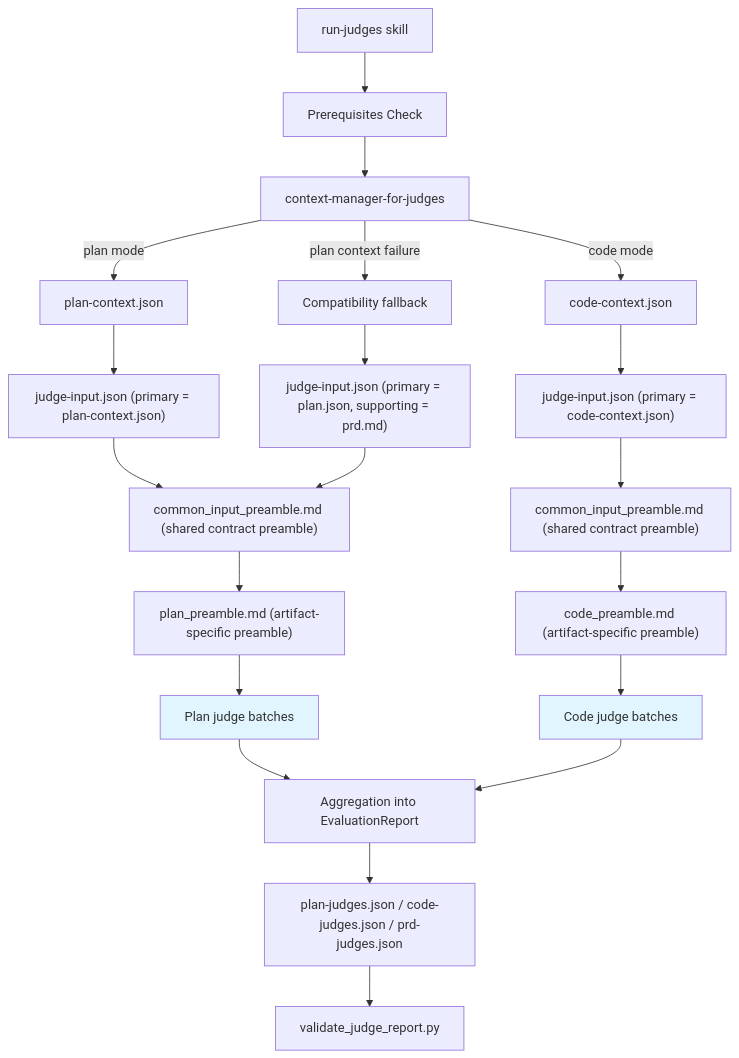
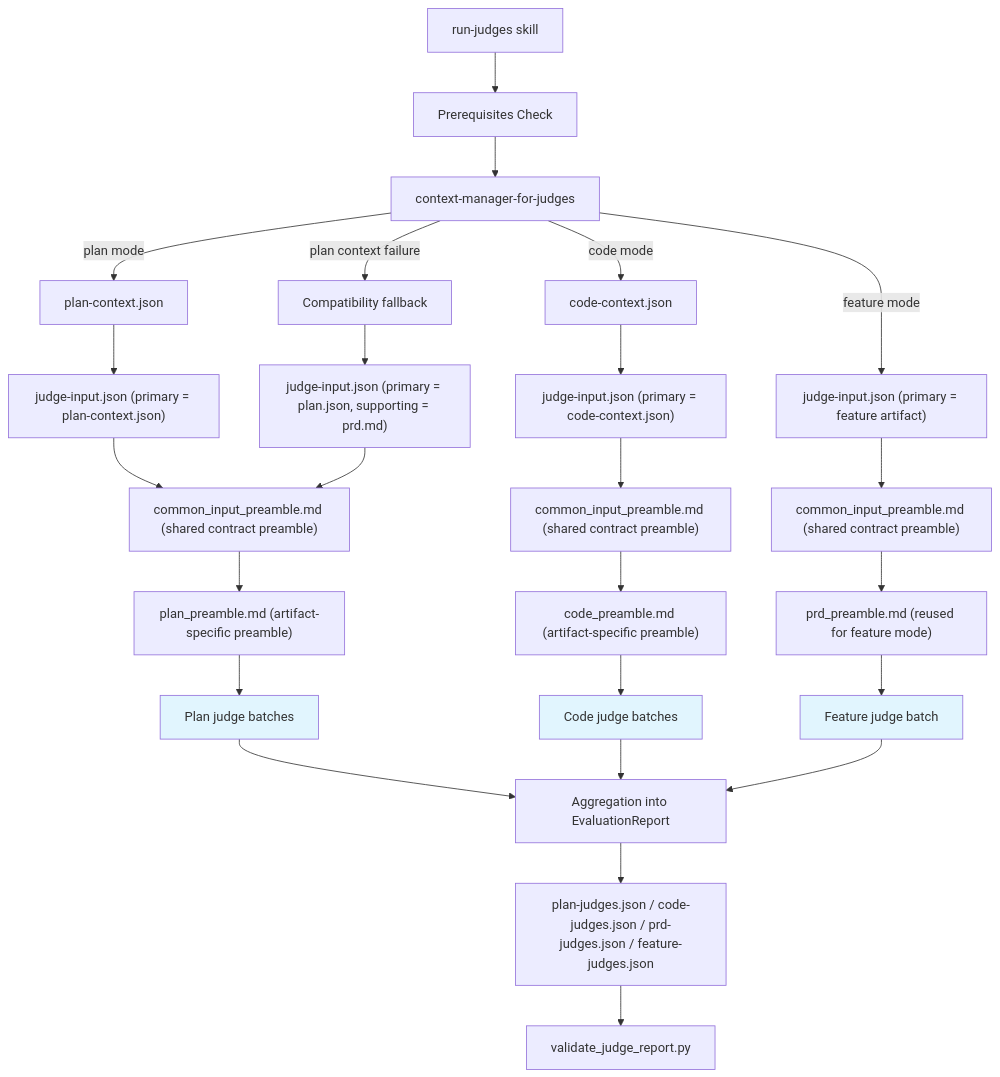
The diagram in plugins/judges/README.md (closedloop-ai/claude-plugins), drawn with Mermaid before and after one commit. The commit also changed other lines of this file and 7 other files, not shown here.

First line of the commit message:
PLN-425: feat(judges): add feature artifact type support

````diff
--- a/plugins/judges/README.md
+++ b/plugins/judges/README.md
@@ -21,25 +21,31 @@
 ```mermaid
 graph TD
     Start[run-judges skill] --> Check[Prerequisites Check]
     Check --> CtxMgr[context-manager-for-judges]
     CtxMgr -->|plan mode| PlanJSON["plan-context.json"]
     PlanJSON --> PlanInput["judge-input.json (primary = plan-context.json)"]
     PlanInput --> CommonPlan["common_input_preamble.md (shared contract preamble)"]
     CommonPlan --> PlanPreamble["plan_preamble.md (artifact-specific preamble)"]
     PlanPreamble --> PlanBatches[Plan judge batches]
     CtxMgr -->|code mode| CodeJSON["code-context.json"]
     CodeJSON --> CodeInput["judge-input.json (primary = code-context.json)"]
     CodeInput --> CommonCode["common_input_preamble.md (shared contract preamble)"]
     CommonCode --> CodePreamble["code_preamble.md (artifact-specific preamble)"]
     CodePreamble --> CodeBatches[Code judge batches]
     CtxMgr -->|plan context failure| Compat[Compatibility fallback]
     Compat --> CompatInput["judge-input.json (primary = plan.json, supporting = prd.md)"]
     CompatInput --> CommonPlan
+    CtxMgr -->|feature mode| FeatureInput["judge-input.json (primary = feature artifact)"]
+    FeatureInput --> CommonFeature["common_input_preamble.md (shared contract preamble)"]
+    CommonFeature --> FeaturePreamble["prd_preamble.md (reused for feature mode)"]
+    FeaturePreamble --> FeatureBatch[Feature judge batch]
     PlanBatches --> Agg[Aggregation into EvaluationReport]
     CodeBatches --> Agg
-    Agg --> Report["plan-judges.json / code-judges.json / prd-judges.json"]
+    FeatureBatch --> Agg
+    Agg --> Report["plan-judges.json / code-judges.json / prd-judges.json / feature-judges.json"]
     Report --> Validate["validate_judge_report.py"]
 
     style PlanBatches fill:#e1f5fe
     style CodeBatches fill:#e1f5fe
+    style FeatureBatch fill:#e1f5fe
 ```
````
